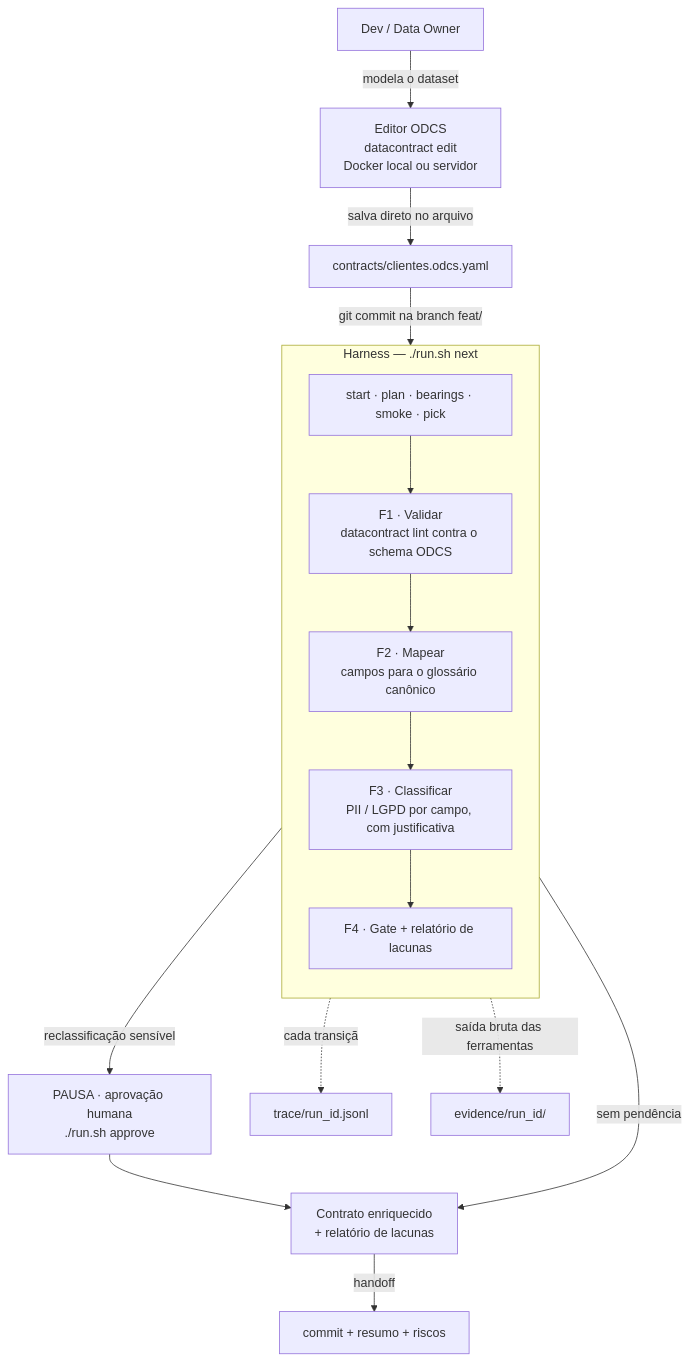
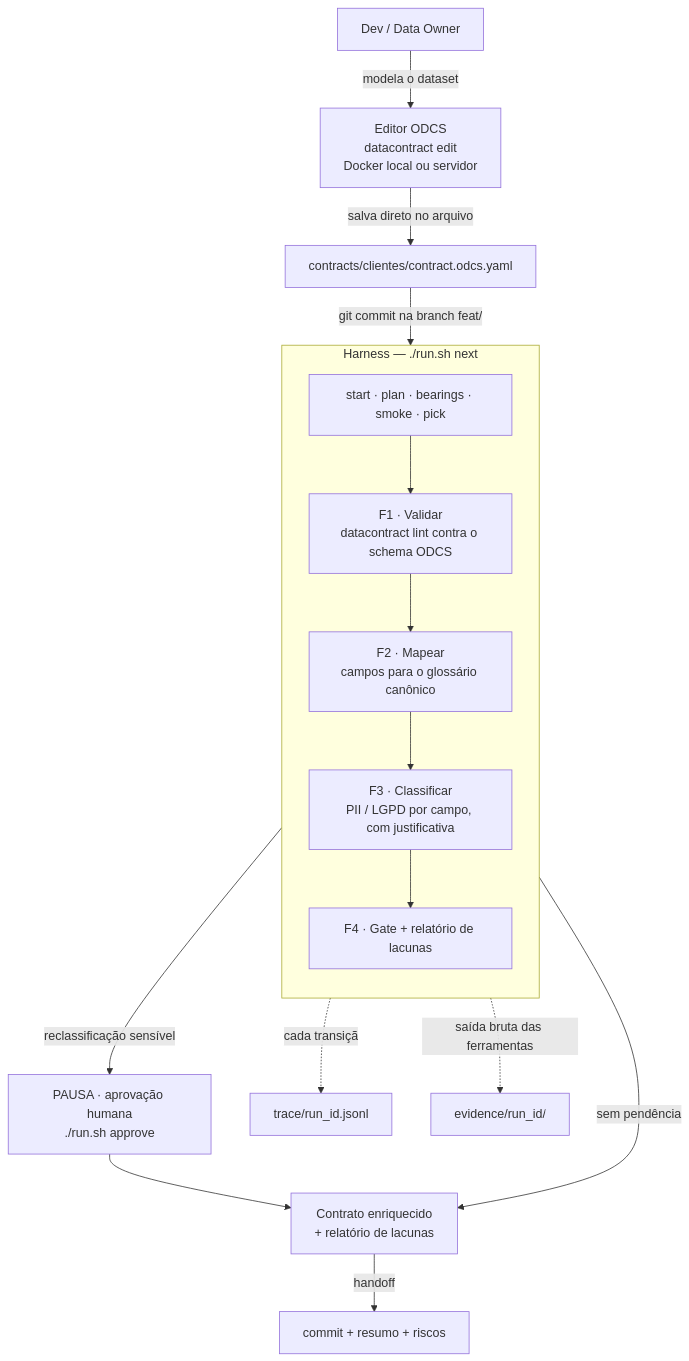
Before and after one commit to andrelaf/harness-odcs: the first of 2 diagrams in README.md, drawn with Mermaid. The commit also changed other lines of this file and 11 other files, not shown here.

First line of the commit message:
feat: F1 real (lint ODCS), comando `reset` e layout de contracts/

````diff
--- a/README.md
+++ b/README.md
@@ -44,28 +44,28 @@
 ```mermaid
 flowchart TD
     DEV["Dev / Data Owner"]
     ED["Editor ODCS<br/>datacontract edit<br/>Docker local ou servidor"]
-    YML["contracts/clientes.odcs.yaml"]
+    YML["contracts/clientes/contract.odcs.yaml"]
 
     DEV -->|modela o dataset| ED
     ED -->|salva direto no arquivo| YML
     YML -->|git commit na branch feat/| RUN
 
     subgraph H["Harness — ./run.sh next"]
         direction TB
         RUN["start · plan · bearings · smoke · pick"]
         F1["F1 · Validar<br/>datacontract lint contra o schema ODCS"]
         F2["F2 · Mapear<br/>campos para o glossário canônico"]
         F3["F3 · Classificar<br/>PII / LGPD por campo, com justificativa"]
         F4["F4 · Gate + relatório de lacunas"]
         RUN --> F1 --> F2 --> F3 --> F4
     end
 
     F4 -->|reclassificação sensível| HUM["PAUSA · aprovação humana<br/>./run.sh approve"]
     F4 -->|sem pendência| OUT["Contrato enriquecido<br/>+ relatório de lacunas"]
     HUM --> OUT
     OUT -->|handoff| GIT["commit + resumo + riscos"]
 
     RUN -.cada transição.-> TR["trace/run_id.jsonl"]
     F1 -.saída bruta das ferramentas.-> EV["evidence/run_id/"]
 ```
````
